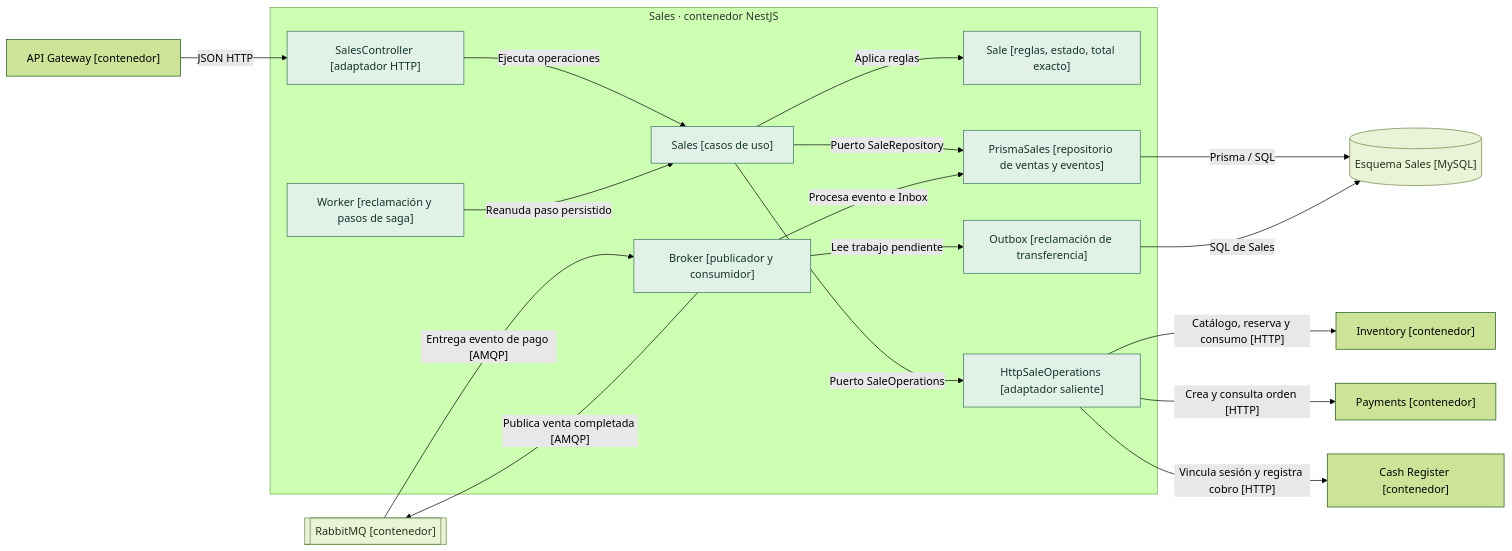
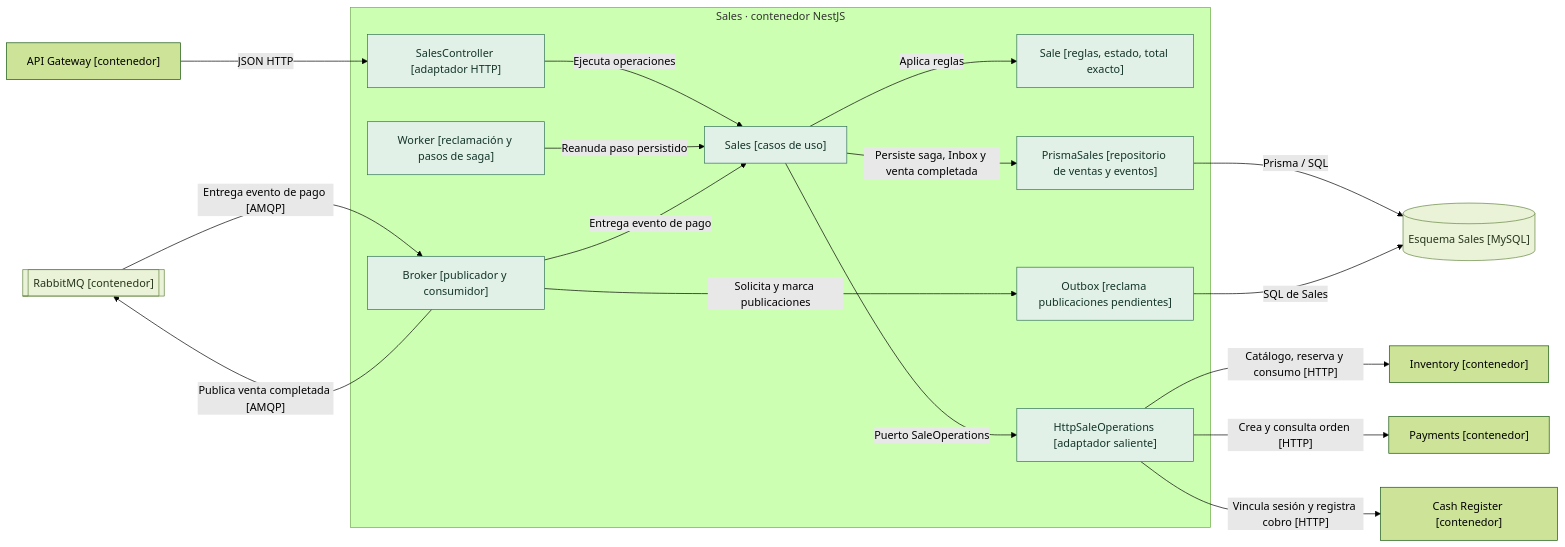
The diagram in docs/full-app/C4-componentes.md (RS04a/ervanula), drawn with Mermaid (forest theme) before and after one commit. The commit also changed other lines of this file and 14 other files, not shown here.

````diff
--- a/docs/full-app/C4-componentes.md
+++ b/docs/full-app/C4-componentes.md
@@ -5,38 +5,38 @@
 ```mermaid
 flowchart LR
   gw["API Gateway [contenedor]"]
   inv["Inventory [contenedor]"]
   pay["Payments [contenedor]"]
   cash["Cash Register [contenedor]"]
   broker[["RabbitMQ [contenedor]"]]
   db[("Esquema Sales [MySQL]")]
   subgraph sales["Sales · contenedor NestJS"]
     ctl["SalesController [adaptador HTTP]"]
     app["Sales [casos de uso]"]
     domain["Sale [reglas, estado, total exacto]"]
     worker["Worker [reclamación y pasos de saga]"]
     sql["PrismaSales [repositorio de ventas y eventos]"]
     rem["HttpSaleOperations [adaptador saliente]"]
     mq["Broker [publicador y consumidor]"]
-    out["Outbox [reclamación de transferencia]"]
+    out["Outbox [reclama publicaciones pendientes]"]
     ctl -->|"Ejecuta operaciones"| app
     worker -->|"Reanuda paso persistido"| app
     app -->|"Aplica reglas"| domain
-    app -->|"Puerto SaleRepository"| sql
+    app -->|"Persiste saga, Inbox y venta completada"| sql
     app -->|"Puerto SaleOperations"| rem
-    mq -->|"Procesa evento e Inbox"| sql
-    mq -->|"Lee trabajo pendiente"| out
+    mq -->|"Entrega evento de pago"| app
+    mq -->|"Solicita y marca publicaciones"| out
   end
   gw -->|"JSON HTTP"| ctl
   sql -->|"Prisma / SQL"| db
   out -->|"SQL de Sales"| db
   rem -->|"Catálogo, reserva y consumo [HTTP]"| inv
   rem -->|"Crea y consulta orden [HTTP]"| pay
   rem -->|"Vincula sesión y registra cobro [HTTP]"| cash
   mq -->|"Publica venta completada [AMQP]"| broker
   broker -->|"Entrega evento de pago [AMQP]"| mq
   classDef component fill:#e1f1e8,stroke:#337257,color:#143429
   classDef storage fill:#eaf2d8,stroke:#658642,color:#25351b
   class ctl,app,domain,worker,sql,rem,mq,out component
   class db,broker storage
 ```
````
